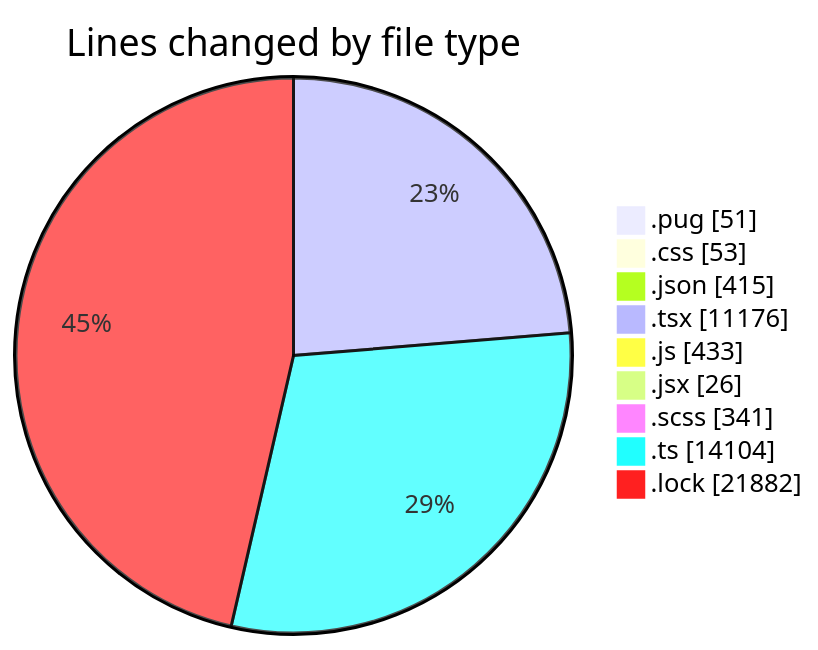
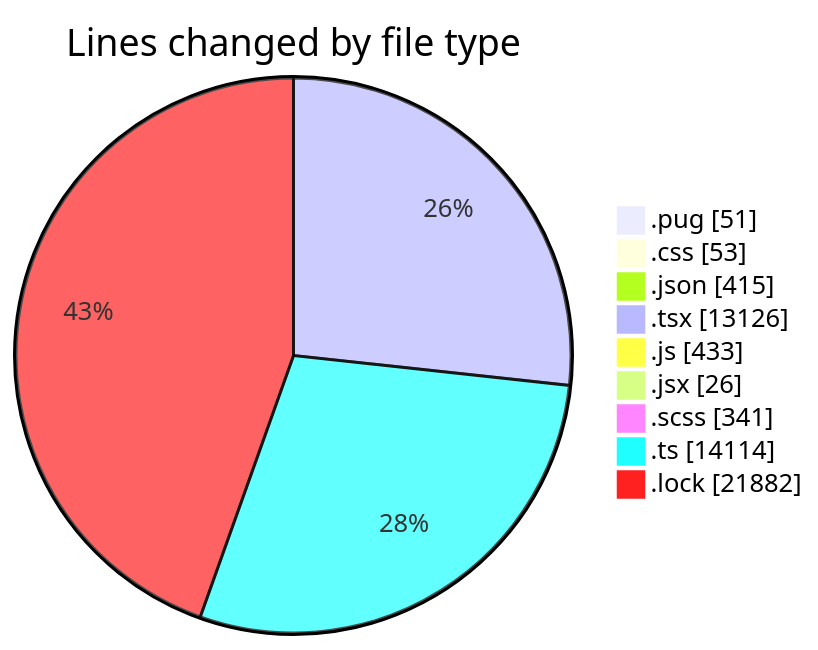
One commit to momahboobian/code-tracking changed the first of 2 diagrams in 2025-11-06/cda/README.md. Above: the diagram before and after it, drawn with Mermaid. The commit also changed other lines of this file and 1 other file, not shown here.

````diff
--- a/2025-11-06/cda/README.md
+++ b/2025-11-06/cda/README.md
@@ -53,13 +53,13 @@
 ```mermaid
 pie showData
 title Lines changed by file type
 ".pug" : 51
 ".css" : 53
 ".json" : 415
-".tsx" : 11176
+".tsx" : 13126
 ".js" : 433
 ".jsx" : 26
 ".scss" : 341
-".ts" : 14104
+".ts" : 14114
 ".lock" : 21882
 ```
````
